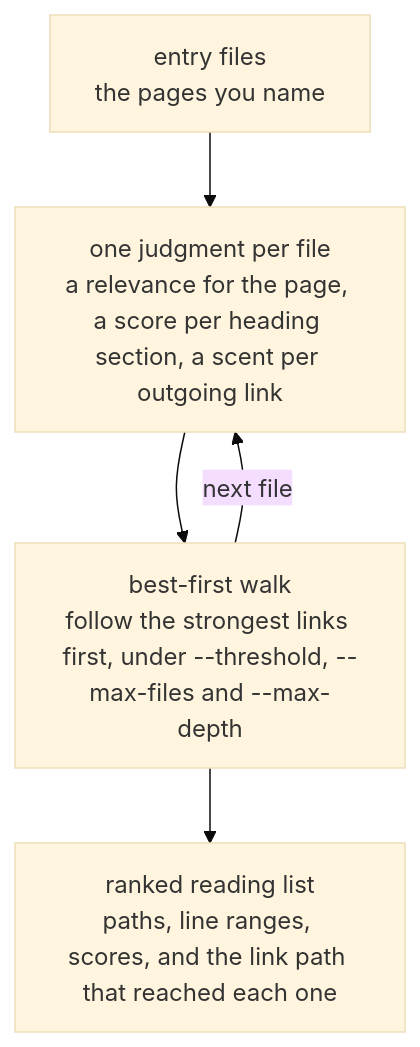
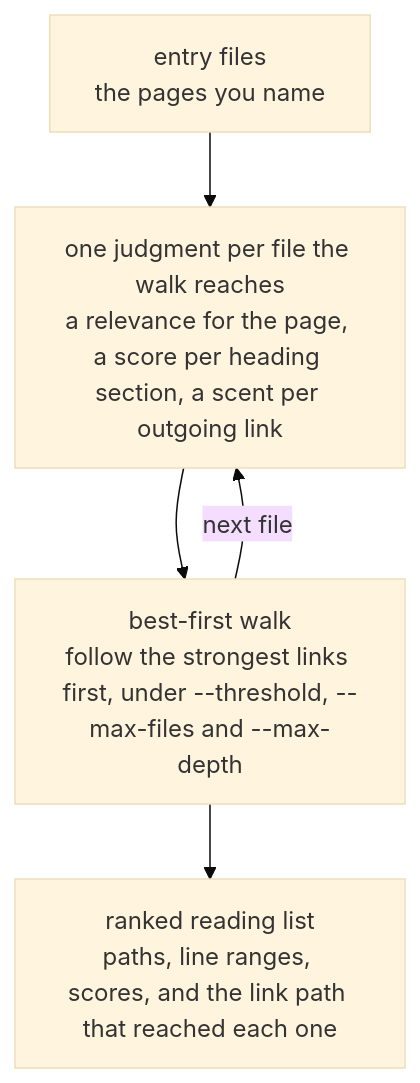
Before and after one commit to mikekelly/s1m: the diagram in README.md, drawn with Mermaid (base theme). The commit also changed other lines of this file, not shown here.

First line of the commit message:
README: say that Jev judges the pages the walk reaches (#75)

````diff
--- a/README.md
+++ b/README.md
@@ -126,7 +127,7 @@
 ```mermaid
 flowchart TD
-  A["entry files<br/>the pages you name"] --> B["one judgment per file<br/>a relevance for the page, a score per heading section, a scent per outgoing link"]
+  A["entry files<br/>the pages you name"] --> B["one judgment per file the walk reaches<br/>a relevance for the page, a score per heading section, a scent per outgoing link"]
   B --> C["best-first walk<br/>follow the strongest links first, under --threshold, --max-files and --max-depth"]
   C -->|"next file"| B
   C --> D["ranked reading list<br/>paths, line ranges, scores, and the link path that reached each one"]
 ```
````
